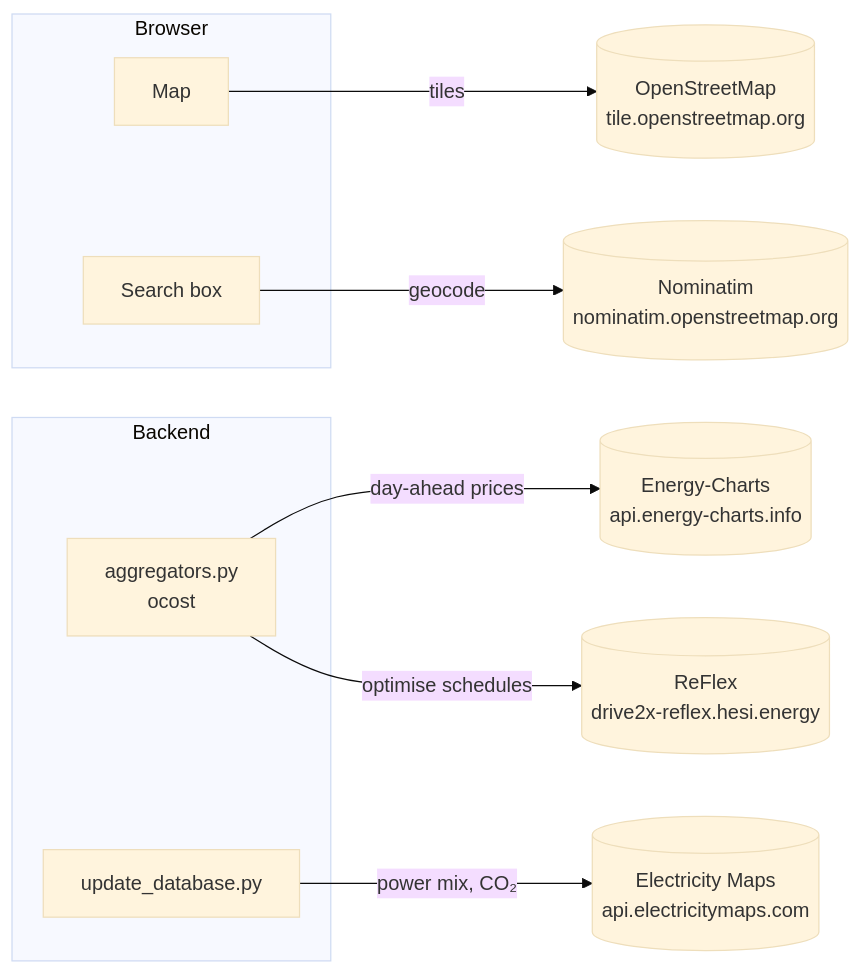
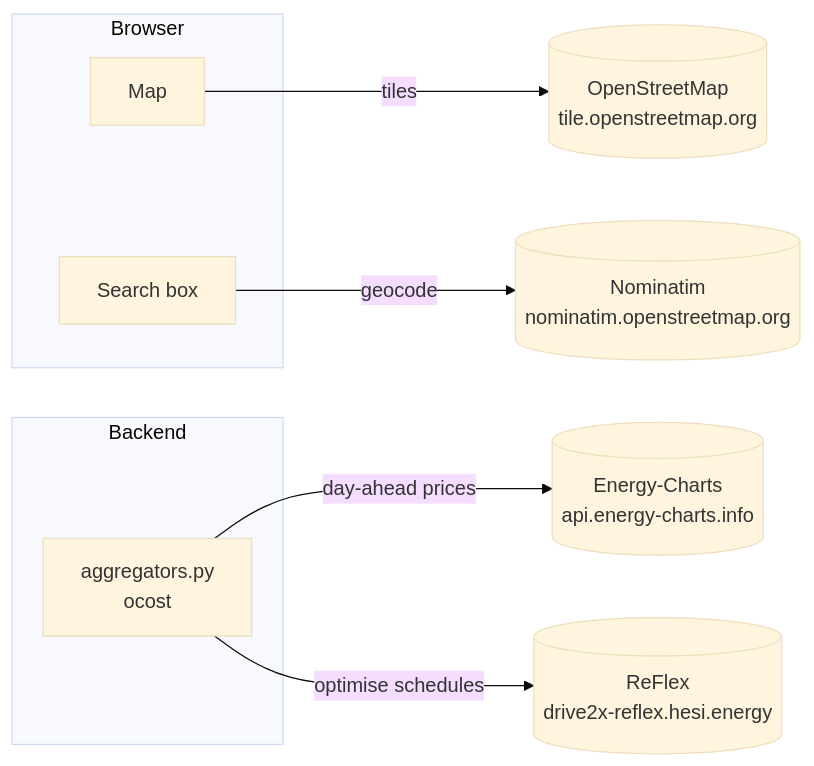
The diagram in docs/architecture/external-services.md (StavrosOrf/EPIOT), drawn with Mermaid (base theme) before and after one commit. The commit also changed other lines of this file and 106 other files, not shown here.

````diff
--- a/docs/architecture/external-services.md
+++ b/docs/architecture/external-services.md
@@ -6,16 +6,14 @@
 ```{mermaid}
 flowchart LR
     subgraph Browser
       M[Map]
       S[Search box]
     end
     subgraph Backend
       AGG[aggregators.py<br/>ocost]
-      UPD[update_database.py]
     end
     M -->|tiles| OSM[(OpenStreetMap<br/>tile.openstreetmap.org)]
     S -->|geocode| NOM[(Nominatim<br/>nominatim.openstreetmap.org)]
     AGG -->|day-ahead prices| EC[(Energy-Charts<br/>api.energy-charts.info)]
     AGG -->|optimise schedules| RF[(ReFlex<br/>drive2x-reflex.hesi.energy)]
-    UPD -->|power mix, CO₂| EM[(Electricity Maps<br/>api.electricitymaps.com)]
 ```
````
